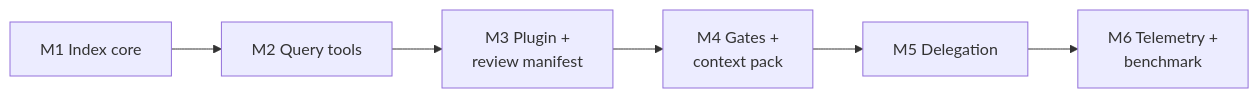
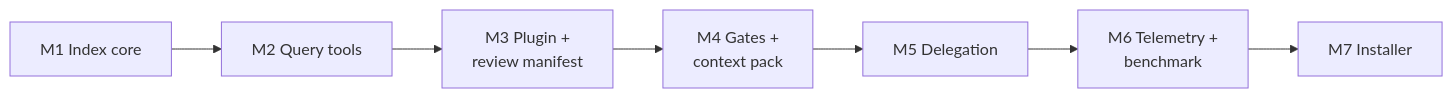
Before and after one commit to uveshm003/compass: the diagram in Compass — Getting Started Development Guide.md, drawn with Mermaid. The commit also changed other lines of this file and 219 other files, not shown here.

````diff
--- a/Compass — Getting Started Development Guide.md
+++ b/Compass — Getting Started Development Guide.md
@@ -9,8 +9,9 @@
 ```mermaid
 flowchart LR
   M1[M1 Index core] --> M2[M2 Query tools]
   M2 --> M3[M3 Plugin +<br/>review manifest]
   M3 --> M4[M4 Gates +<br/>context pack]
   M4 --> M5[M5 Delegation]
   M5 --> M6[M6 Telemetry +<br/>benchmark]
+  M6 --> M7[M7 Installer]
 ```
````
